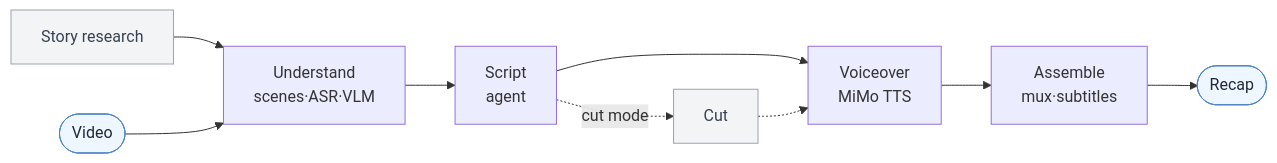
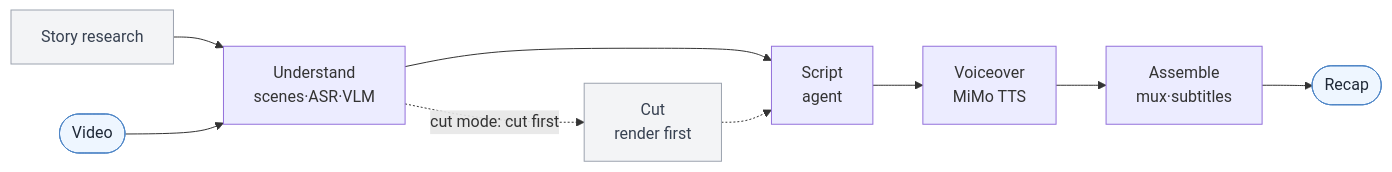
One commit to worldwonderer/video-recap-skills changed the diagram in README.en.md. Above: the diagram before and after it, drawn with Mermaid. The commit also changed other lines of this file and 7 other files, not shown here.

First line of the commit message:
Docs + v0.2.0: sync README/reference docs to the re-architecture, bump plugin

````diff
--- a/README.en.md
+++ b/README.en.md
@@ -25,10 +25,10 @@
 ```mermaid
 flowchart LR
     research["Story research"] --> understand
     video(["Video"]) --> understand["Understand<br/>scenes·ASR·VLM"] --> script["Script<br/>agent"] --> voiceover["Voiceover<br/>MiMo TTS"] --> assemble["Assemble<br/>mux·subtitles"] --> output(["Recap"])
-    script -. cut mode .-> cut["Cut"] -.-> voiceover
+    understand -. cut mode: cut first .-> cut["Cut<br/>render first"] -.-> script
     classDef io fill:#eef6ff,stroke:#4f86c6,color:#1f2937;
     classDef opt fill:#f3f4f6,stroke:#9ca3af,color:#374151;
     class video,output io;
     class research,cut opt;
 ```
````
